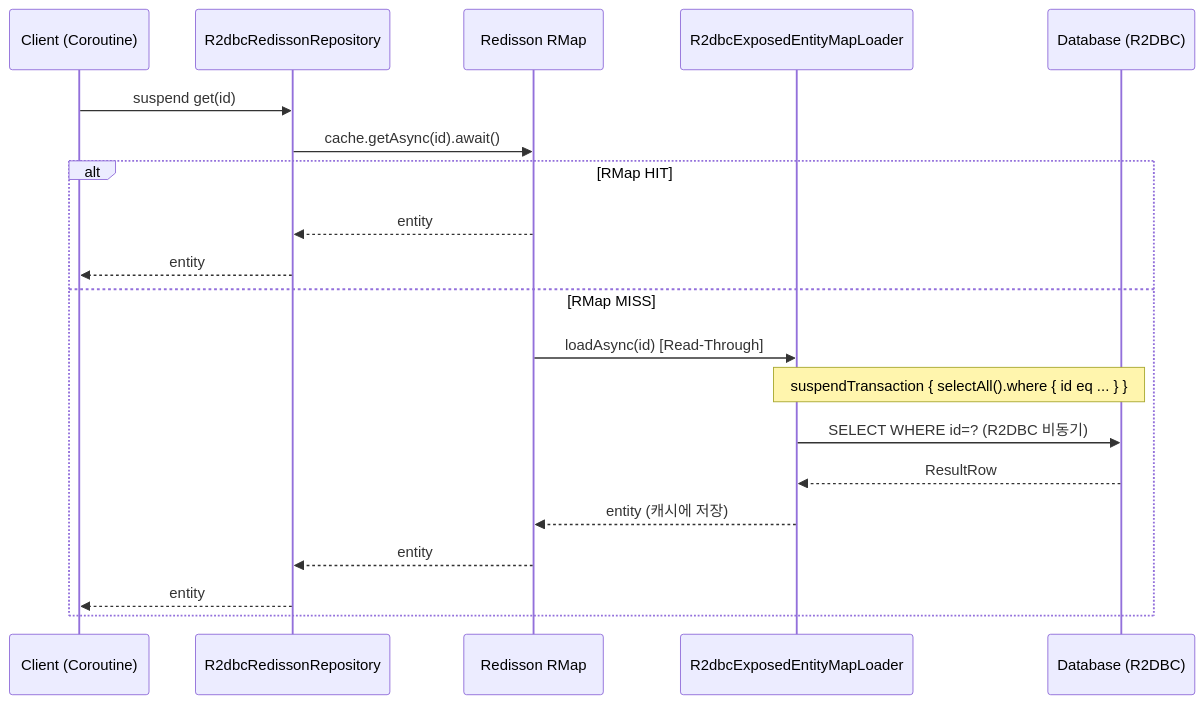
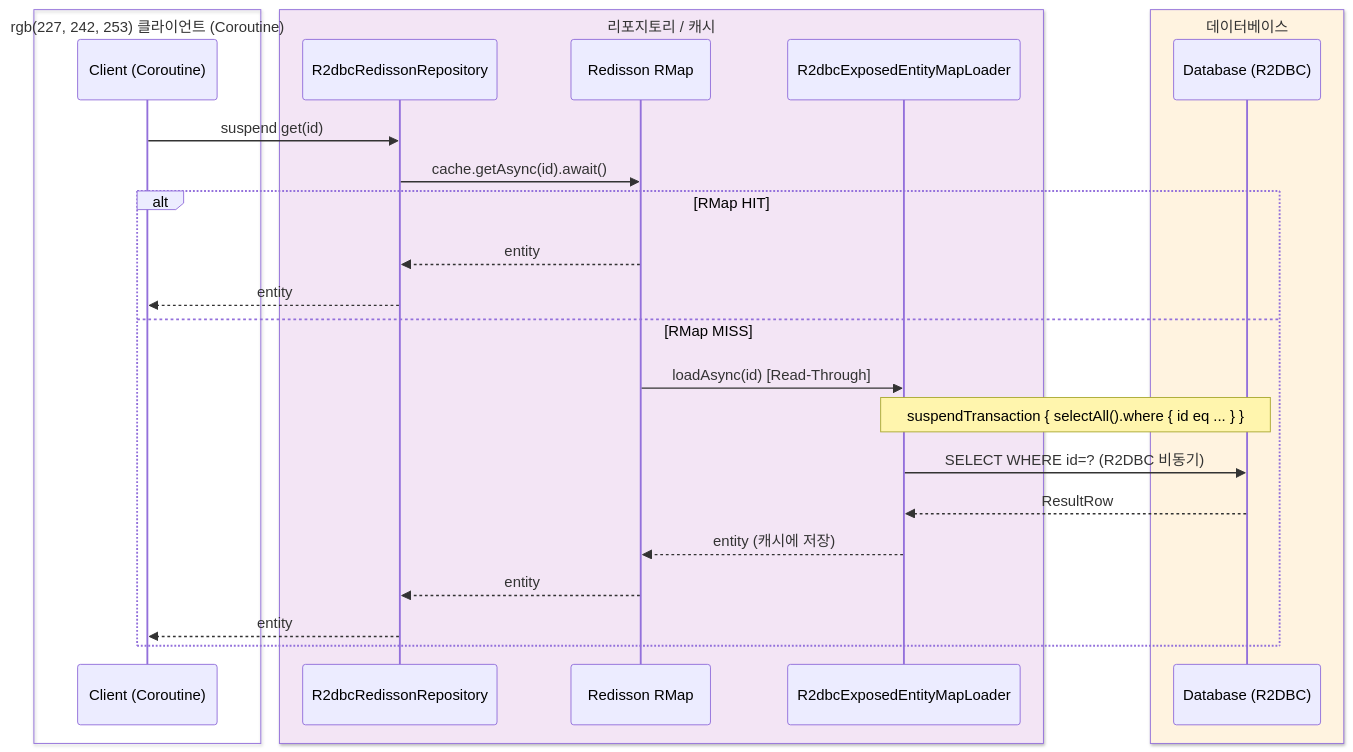
Before and after one commit to bluetape4k/bluetape4k-projects: the third of 5 diagrams in data/exposed-r2dbc-redisson/README.ko.md, drawn with Mermaid. The commit also changed other lines of this file and 221 other files, not shown here.

First line of the commit message:
docs: 전체 모듈 README UML 다이어그램 보강 및 색상 업그레이드

````diff
--- a/data/exposed-r2dbc-redisson/README.ko.md
+++ b/data/exposed-r2dbc-redisson/README.ko.md
@@ -232,22 +241,29 @@
 ```mermaid
 sequenceDiagram
-    participant Client as Client (Coroutine)
-    participant Repo as R2dbcRedissonRepository
-    participant RMap as Redisson RMap
-    participant Loader as R2dbcExposedEntityMapLoader
-    participant DB as Database (R2DBC)
+    box rgb(227, 242, 253) 클라이언트 (Coroutine)
+        participant Client as Client (Coroutine)
+    end
+    box rgb(243, 229, 245) 리포지토리 / 캐시
+        participant Repo as R2dbcRedissonRepository
+        participant RMap as Redisson RMap
+        participant Loader as R2dbcExposedEntityMapLoader
+    end
+    box rgb(255, 243, 224) 데이터베이스
+        participant DB as Database (R2DBC)
+    end
+
     Client ->> Repo: suspend get(id)
     Repo ->> RMap: cache.getAsync(id).await()
     alt RMap HIT
         RMap -->> Repo: entity
         Repo -->> Client: entity
     else RMap MISS
         RMap ->> Loader: loadAsync(id) [Read-Through]
         Note over Loader, DB: suspendTransaction { selectAll().where { id eq ... } }
         Loader ->> DB: SELECT WHERE id=? (R2DBC 비동기)
         DB -->> Loader: ResultRow
         Loader -->> RMap: entity (캐시에 저장)
         RMap -->> Repo: entity
         Repo -->> Client: entity
     end
 ```
````
